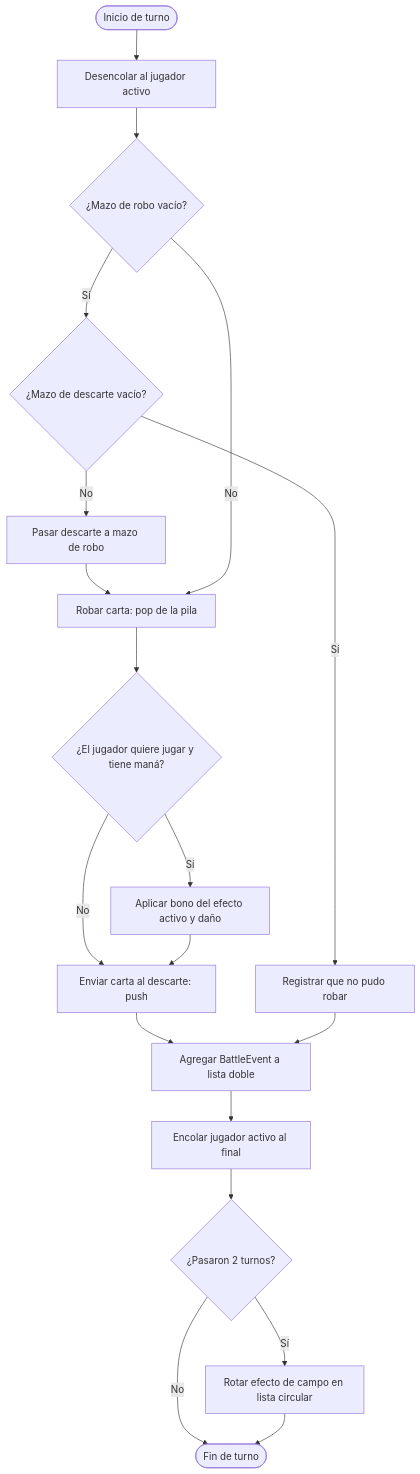
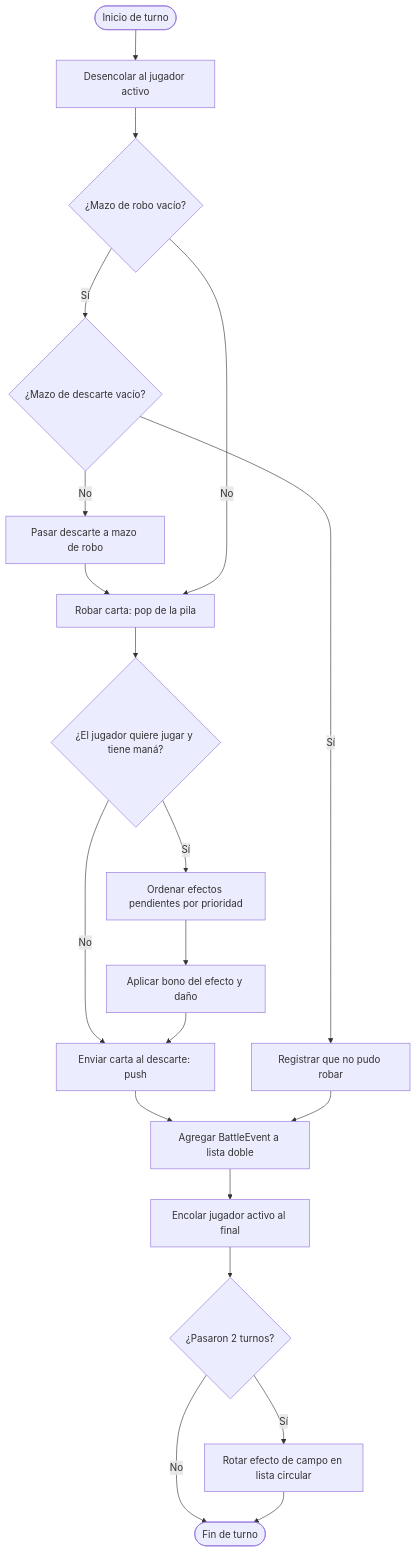
One commit to Portega-ort/RetoFinalEdD changed the first of 2 diagrams in DOCUMENTACION.md. Above: the diagram before and after it, drawn with Mermaid. The commit also changed other lines of this file and 64 other files, not shown here.

````diff
--- a/DOCUMENTACION.md
+++ b/DOCUMENTACION.md
@@ -17,21 +20,22 @@
 ```mermaid
 flowchart TD
     A([Inicio de turno]) --> B[Desencolar al jugador activo]
     B --> C{¿Mazo de robo vacío?}
     C -- Sí --> D{¿Mazo de descarte vacío?}
     D -- No --> E[Pasar descarte a mazo de robo]
     E --> F[Robar carta: pop de la pila]
     D -- Sí --> G[Registrar que no pudo robar]
     C -- No --> F
     F --> H{¿El jugador quiere jugar y tiene maná?}
-    H -- Sí --> I[Aplicar bono del efecto activo y daño]
-    H -- No --> J[Enviar carta al descarte: push]
-    I --> J
-    J --> K[Agregar BattleEvent a lista doble]
-    G --> K
-    K --> L[Encolar jugador activo al final]
-    L --> M{¿Pasaron 2 turnos?}
-    M -- Sí --> N[Rotar efecto de campo en lista circular]
-    M -- No --> O([Fin de turno])
-    N --> O
+    H -- Sí --> I[Ordenar efectos pendientes por prioridad]
+    I --> J[Aplicar bono del efecto y daño]
+    H -- No --> K[Enviar carta al descarte: push]
+    J --> K
+    K --> L[Agregar BattleEvent a lista doble]
+    G --> L
+    L --> M[Encolar jugador activo al final]
+    M --> N{¿Pasaron 2 turnos?}
+    N -- Sí --> O[Rotar efecto de campo en lista circular]
+    N -- No --> P([Fin de turno])
+    O --> P
 ```
````
